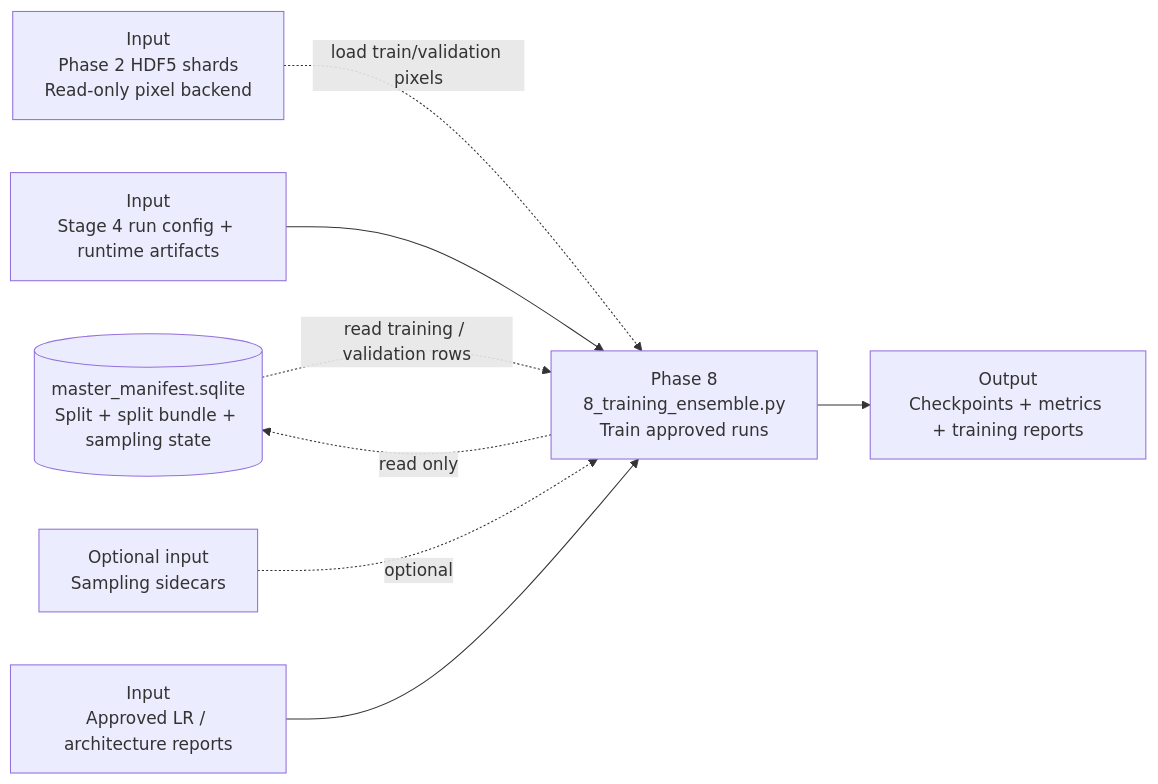
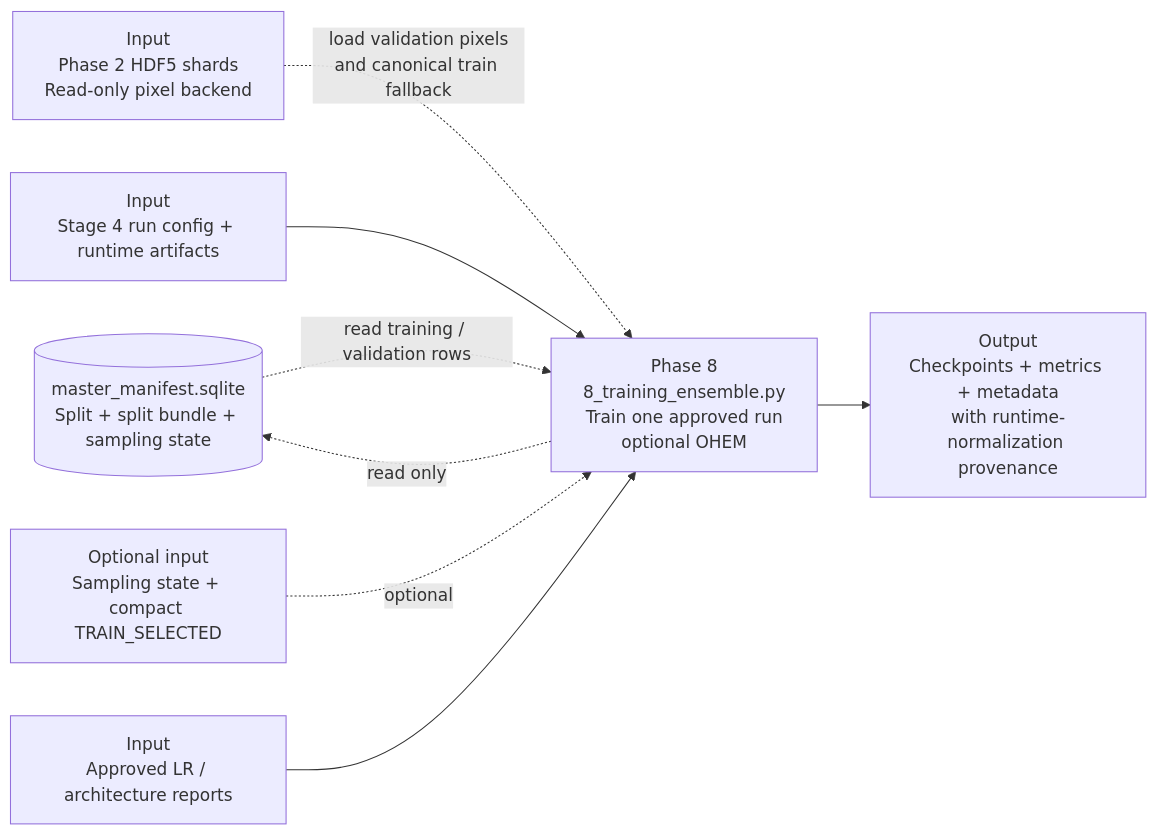
One commit to bhnunes/Master_Coding changed the diagram in MERMAID/phase_8_training.mermaid. Above: the diagram before and after it, drawn with Mermaid. The commit also changed 16 other files, not shown here.

```diff
--- a/MERMAID/phase_8_training.mermaid
+++ b/MERMAID/phase_8_training.mermaid
@@ -1,16 +1,16 @@
 flowchart LR
     manifest[(master_manifest.sqlite<br/>Split + split bundle + sampling state)]
     shards[Input<br/>Phase 2 HDF5 shards<br/>Read-only pixel backend]
     phase4_outputs[Input<br/>Stage 4 run config + runtime artifacts]
-    phase6_outputs[Optional input<br/>Sampling sidecars]
+    phase6_outputs[Optional input<br/>Sampling state + compact TRAIN_SELECTED]
     phase7_outputs[Input<br/>Approved LR / architecture reports]
-    p8[Phase 8<br/>8_training_ensemble.py<br/>Train approved runs]
-    outputs[Output<br/>Checkpoints + metrics + training reports]
+    p8[Phase 8<br/>8_training_ensemble.py<br/>Train one approved run<br/>optional OHEM]
+    outputs[Output<br/>Checkpoints + metrics + metadata<br/>with runtime-normalization provenance]
 
     manifest -. read training / validation rows .-> p8
-    shards -. load train/validation pixels .-> p8
+    shards -. load validation pixels<br/>and canonical train fallback .-> p8
     phase4_outputs --> p8
     phase6_outputs -. optional .-> p8
     phase7_outputs --> p8
     p8 --> outputs
     p8 -. read only .-> manifest
```
